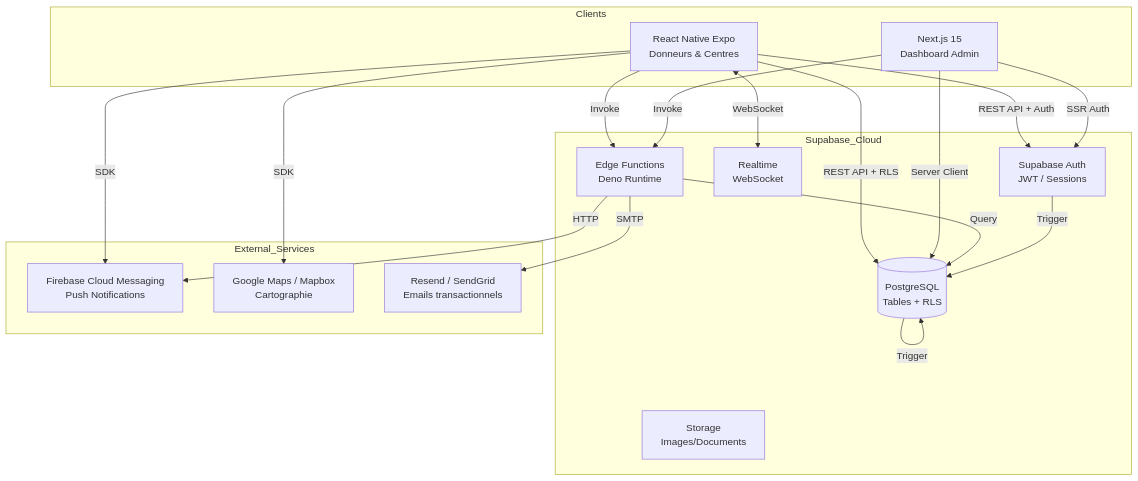
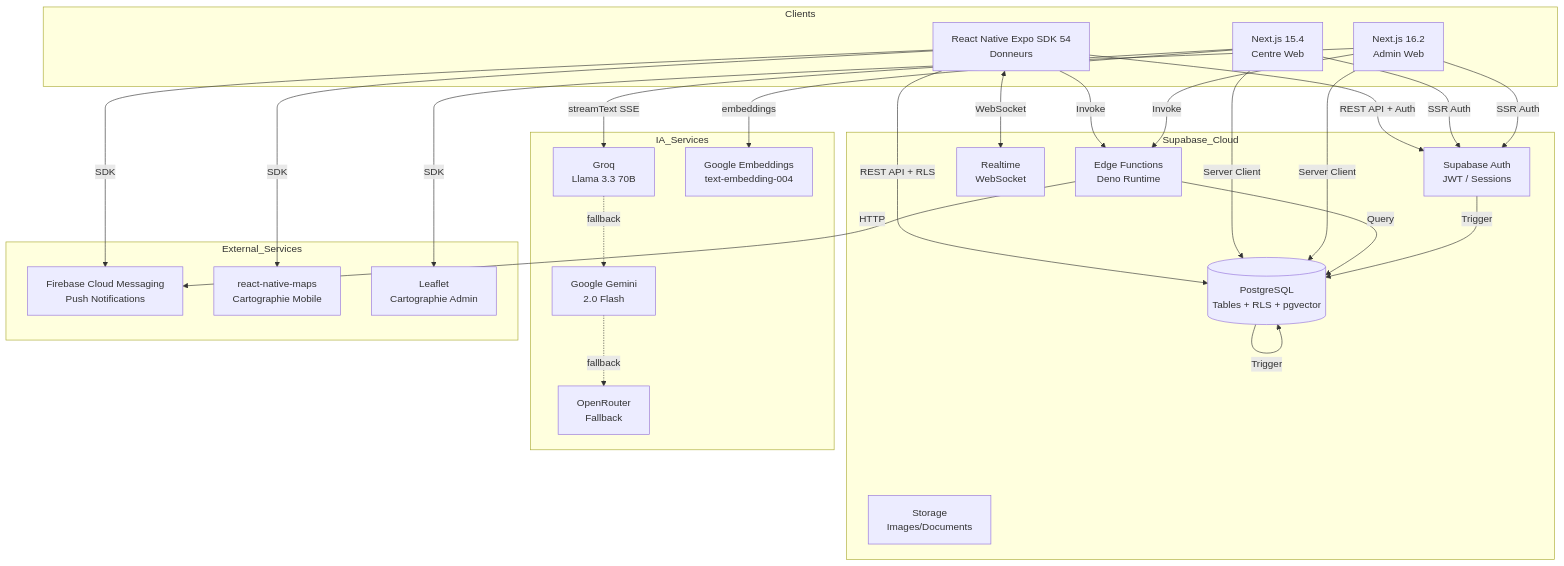
One commit to senmos26/bloodlink changed the second of 3 diagrams in docs/ARCHITECTURE_TECHNIQUE.md. Above: the diagram before and after it, drawn with Mermaid. The commit also changed other lines of this file and 22 other files, not shown here.

````diff
--- a/docs/ARCHITECTURE_TECHNIQUE.md
+++ b/docs/ARCHITECTURE_TECHNIQUE.md
@@ -555,39 +646,54 @@
 ```mermaid
 flowchart TB
     subgraph Clients
-        MOB[React Native Expo<br/>Donneurs & Centres]
-        WEB[Next.js 15<br/>Dashboard Admin]
+        MOB[React Native Expo SDK 54<br/>Donneurs]
+        CW[Next.js 15.4<br/>Centre Web]
+        AW[Next.js 16.2<br/>Admin Web]
     end
 
     subgraph Supabase_Cloud
         AUTH[Supabase Auth<br/>JWT / Sessions]
-        DB[(PostgreSQL<br/>Tables + RLS)]
+        DB[(PostgreSQL<br/>Tables + RLS + pgvector)]
         RT[Realtime<br/>WebSocket]
         EF[Edge Functions<br/>Deno Runtime]
         ST[Storage<br/>Images/Documents]
     end
 
+    subgraph IA_Services
+        GROQ[Groq<br/>Llama 3.3 70B]
+        GEMINI[Google Gemini<br/>2.0 Flash]
+        OROUTER[OpenRouter<br/>Fallback]
+        EMBED[Google Embeddings<br/>text-embedding-004]
+    end
+
     subgraph External_Services
         FCM[Firebase Cloud Messaging<br/>Push Notifications]
-        MAP[Google Maps / Mapbox<br/>Cartographie]
-        EMAIL[Resend / SendGrid<br/>Emails transactionnels]
+        MAPRN[react-native-maps<br/>Cartographie Mobile]
+        MAPL[Leaflet<br/>Cartographie Admin]
     end
 
     MOB -->|REST API + Auth| AUTH
     MOB -->|REST API + RLS| DB
     MOB <-->|WebSocket| RT
     MOB -->|Invoke| EF
     MOB -->|SDK| FCM
-    MOB -->|SDK| MAP
+    MOB -->|SDK| MAPRN
 
-    WEB -->|SSR Auth| AUTH
-    WEB -->|Server Client| DB
-    WEB -->|Invoke| EF
+    CW -->|SSR Auth| AUTH
+    CW -->|Server Client| DB
+    CW -->|streamText SSE| GROQ
+    GROQ -.->|fallback| GEMINI
+    GEMINI -.->|fallback| OROUTER
+    CW -->|embeddings| EMBED
+
+    AW -->|SSR Auth| AUTH
+    AW -->|Server Client| DB
+    AW -->|Invoke| EF
+    AW -->|SDK| MAPL
 
     EF -->|Query| DB
     EF -->|HTTP| FCM
-    EF -->|SMTP| EMAIL
 
     AUTH -->|Trigger| DB
     DB -->|Trigger| DB
 ```
````
